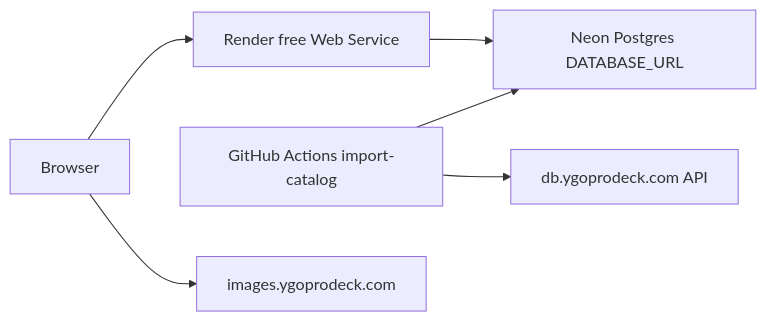
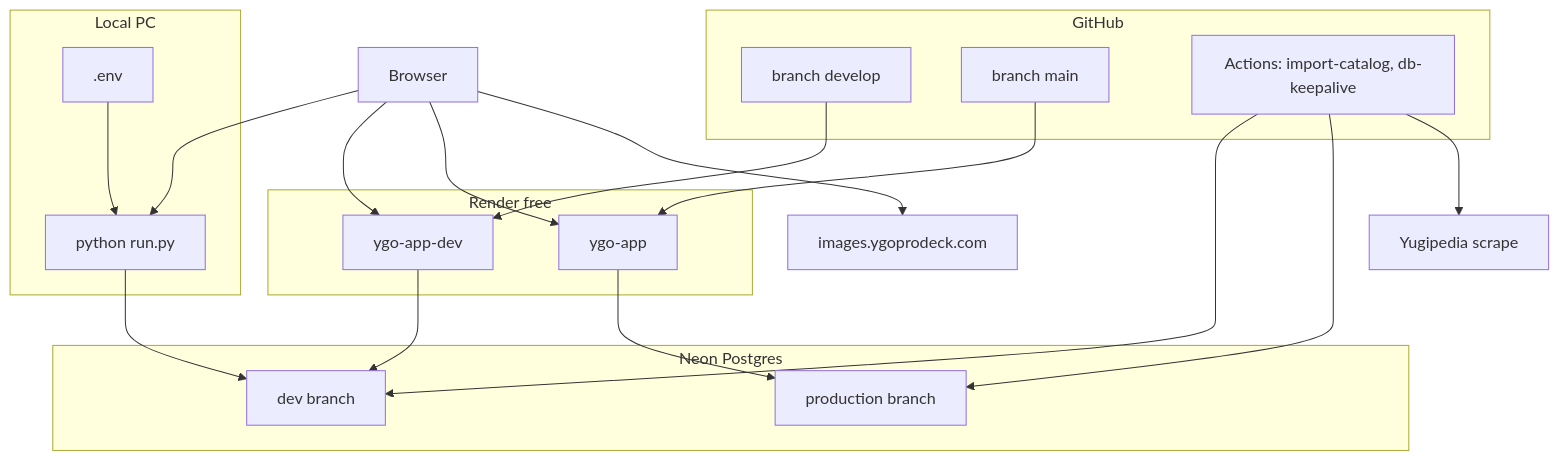
One commit to egera24/YGO-DB changed the diagram in agent_handoff.md. Above: the diagram before and after it, drawn with Mermaid. The commit also changed other lines of this file and 23 other files, not shown here.

Commit message:
Set up yugipedia catalog import workflow

````diff
--- a/agent_handoff.md
+++ b/agent_handoff.md
@@ -34,8 +46,33 @@
 ```mermaid
-flowchart LR
-  Browser --> RenderWeb["Render free Web Service"]
-  RenderWeb --> Neon["Neon Postgres DATABASE_URL"]
-  GHA["GitHub Actions import-catalog"] --> Neon
-  GHA --> YGOAPI["db.ygoprodeck.com API"]
+flowchart TB
+  subgraph local [Local PC]
+    RunPy["python run.py"]
+    DotEnv[".env"]
+  end
+  subgraph github [GitHub]
+    Develop["branch develop"]
+    Main["branch main"]
+    GHA["Actions: import-catalog, db-keepalive"]
+  end
+  subgraph render [Render free]
+    DevWeb["ygo-app-dev"]
+    ProdWeb["ygo-app"]
+  end
+  subgraph neon [Neon Postgres]
+    DevDB["dev branch"]
+    ProdDB["production branch"]
+  end
+  Browser --> DevWeb
+  Browser --> ProdWeb
+  Browser --> RunPy
+  DotEnv --> RunPy
+  RunPy --> DevDB
+  Develop --> DevWeb
+  Main --> ProdWeb
+  DevWeb --> DevDB
+  ProdWeb --> ProdDB
+  GHA --> DevDB
+  GHA --> ProdDB
   Browser --> CDN["images.ygoprodeck.com"]
+  GHA --> Yugipedia["Yugipedia scrape"]
 ```
````
